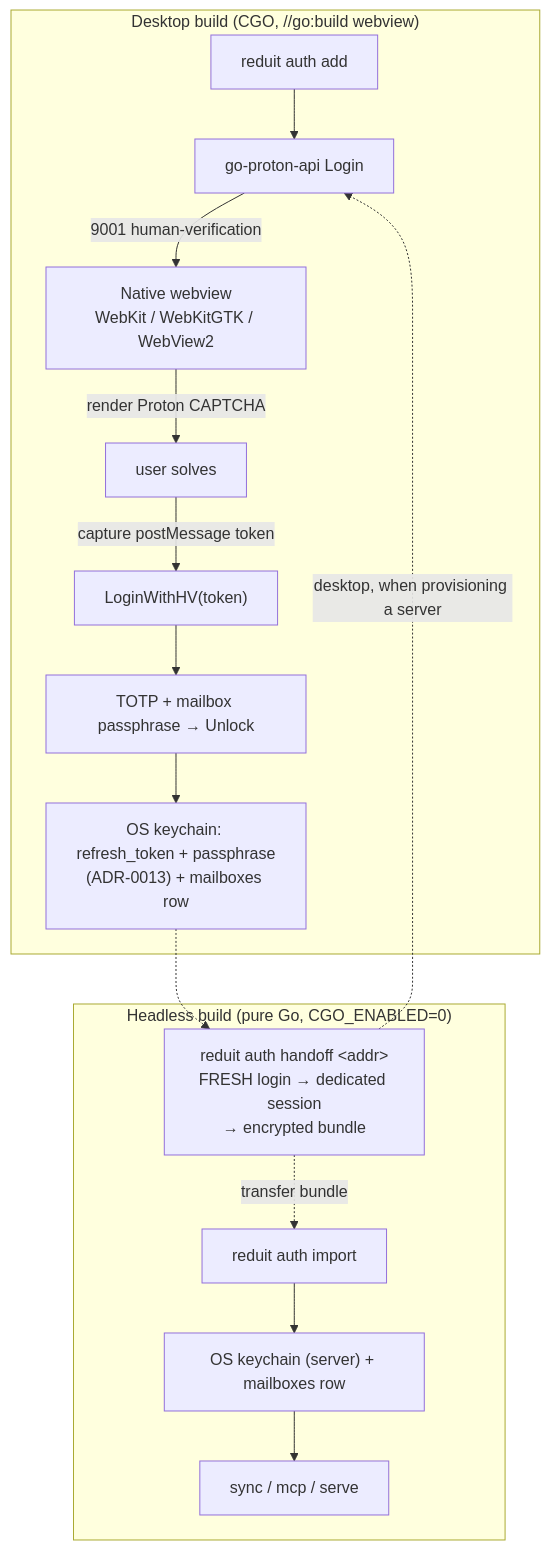
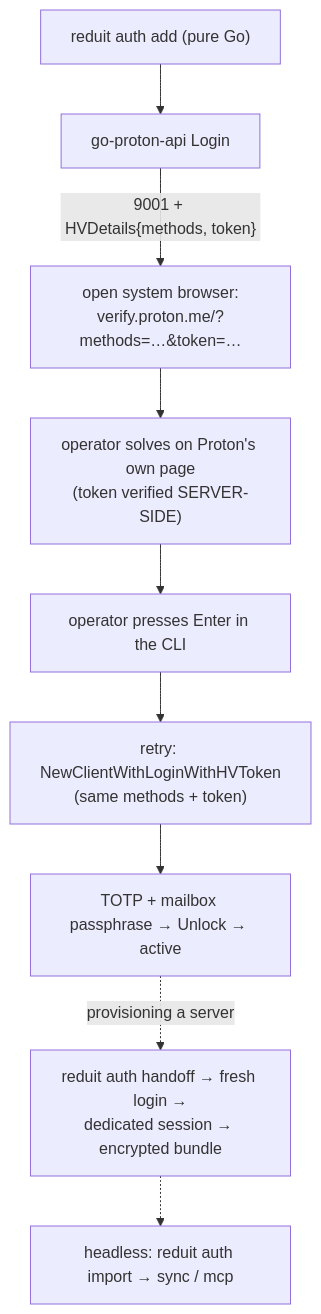
The diagram in docs/adrs/ADR-0021-native-webview-human-verification.md (joestump/reduit), drawn with Mermaid before and after one commit. The commit also changed other lines of this file and 3 other files, not shown here.

Commit message:
docs(ADR-0021 rev 2 + SPEC-0007): HV via verify.proton.me — CGO amendment withdrawn (#132)

````diff
--- a/docs/adrs/ADR-0021-native-webview-human-verification.md
+++ b/docs/adrs/ADR-0021-native-webview-human-verification.md
@@ -158,18 +131,11 @@
 ```mermaid
 flowchart TD
-    subgraph Desktop["Desktop build (CGO, //go:build webview)"]
-        A["reduit auth add"] --> B["go-proton-api Login"]
-        B -->|"9001 human-verification"| C["Native webview<br/>WebKit / WebKitGTK / WebView2"]
-        C -->|"render Proton CAPTCHA"| D["user solves"]
-        D -->|"capture postMessage token"| E["LoginWithHV(token)"]
-        E --> F["TOTP + mailbox passphrase → Unlock"]
-        F --> G["OS keychain: refresh_token + passphrase<br/>(ADR-0013) + mailboxes row"]
-    end
-    A2["reduit auth handoff &lt;addr&gt;<br/>FRESH login → dedicated session<br/>→ encrypted bundle"] -.->|"desktop, when provisioning a server"| B
-    G -.-> A2
-    subgraph Headless["Headless build (pure Go, CGO_ENABLED=0)"]
-        A2 -.->|"transfer bundle"| I["reduit auth import"]
-        I --> J["OS keychain (server) + mailboxes row"]
-        J --> K["sync / mcp / serve"]
-    end
+    A["reduit auth add (pure Go)"] --> B["go-proton-api Login"]
+    B -->|"9001 + HVDetails{methods, token}"| C["open system browser:<br/>verify.proton.me/?methods=…&token=…"]
+    C --> D["operator solves on Proton's own page<br/>(token verified SERVER-SIDE)"]
+    D --> E["operator presses Enter in the CLI"]
+    E --> F["retry: NewClientWithLoginWithHVToken<br/>(same methods + token)"]
+    F --> G["TOTP + mailbox passphrase → Unlock → active"]
+    G -.->|"provisioning a server"| H["reduit auth handoff → fresh login →<br/>dedicated session → encrypted bundle"]
+    H -.-> I["headless: reduit auth import → sync / mcp"]
 ```
````
